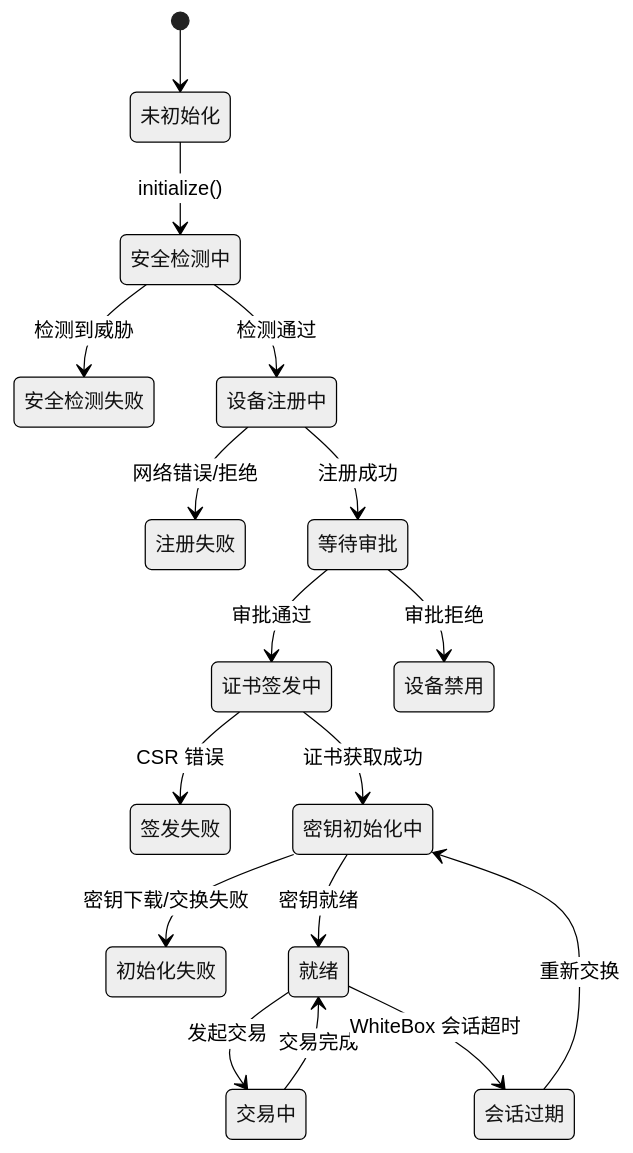
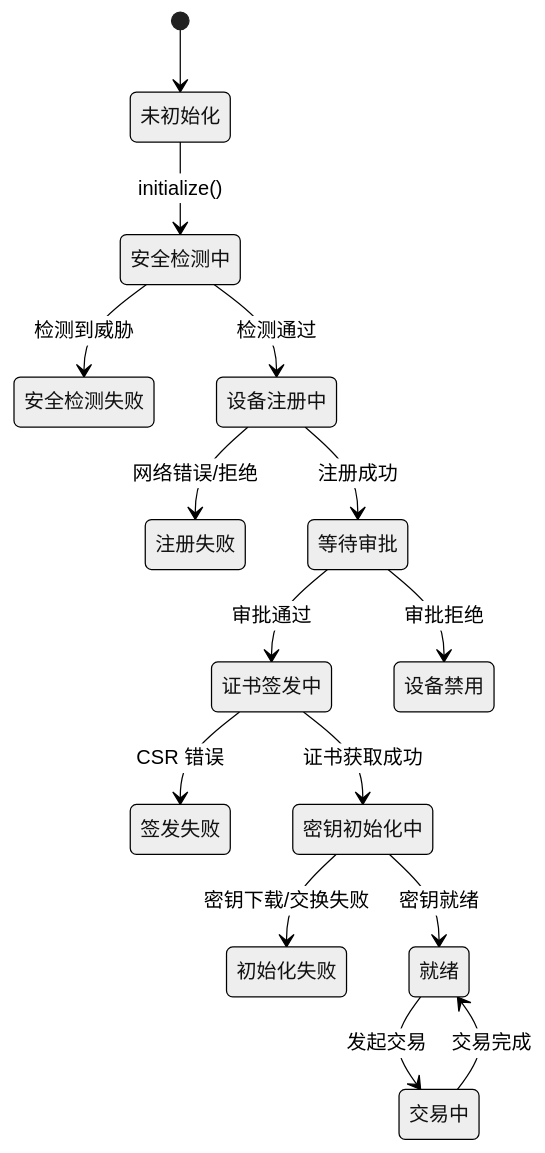
The fourth of 21 diagrams in solution/MPOC_SDK_API_GUIDE.md (kevinwangl/sunbay-softpos-docs), drawn with Mermaid (neutral theme) before and after one commit. The commit also changed other lines of this file, not shown here.

````diff
--- a/solution/MPOC_SDK_API_GUIDE.md
+++ b/solution/MPOC_SDK_API_GUIDE.md
@@ -399,25 +301,22 @@
 ```mermaid
 stateDiagram-v2
     [*] --> 未初始化
     未初始化 --> 安全检测中: initialize()
     安全检测中 --> 安全检测失败: 检测到威胁
     安全检测中 --> 设备注册中: 检测通过
     
     设备注册中 --> 注册失败: 网络错误/拒绝
     设备注册中 --> 等待审批: 注册成功
     
     等待审批 --> 证书签发中: 审批通过
     等待审批 --> 设备禁用: 审批拒绝
     
     证书签发中 --> 签发失败: CSR 错误
     证书签发中 --> 密钥初始化中: 证书获取成功
     
     密钥初始化中 --> 初始化失败: 密钥下载/交换失败
     密钥初始化中 --> 就绪: 密钥就绪
     
     就绪 --> 交易中: 发起交易
     交易中 --> 就绪: 交易完成
-    
-    就绪 --> 会话过期: WhiteBox 会话超时
-    会话过期 --> 密钥初始化中: 重新交换
 ```
````
